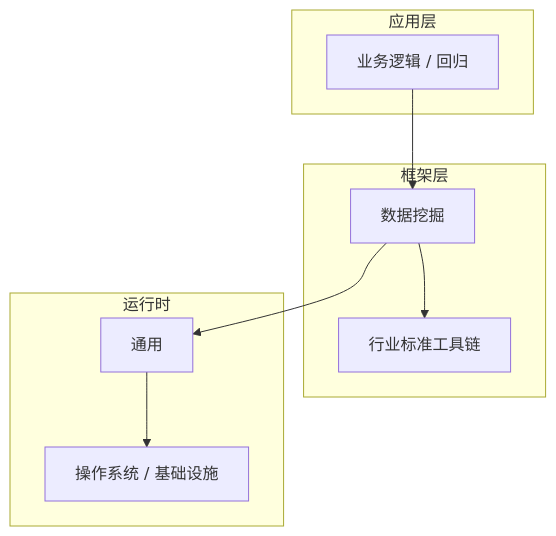
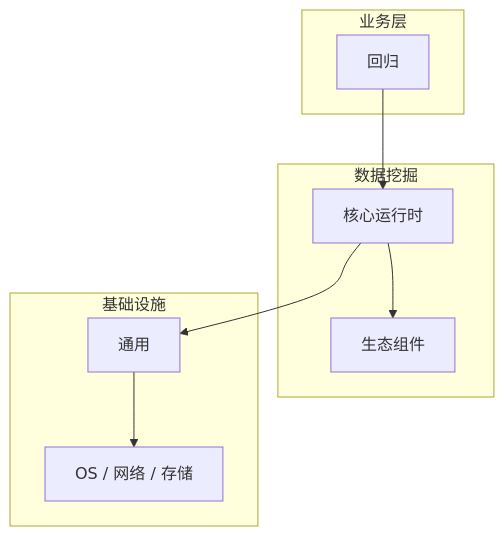
The diagram in articles/数据挖掘/chapters/043-回归核心概念与原理.md (yanggan2015/knowledge-json-v2), drawn with Mermaid before and after one commit. The commit also changed other lines of this file and 10127 other files, not shown here.

````diff
--- a/articles/数据挖掘/chapters/043-回归核心概念与原理.md
+++ b/articles/数据挖掘/chapters/043-回归核心概念与原理.md
@@ -45,18 +30,18 @@
 ```mermaid
 graph TB
-    subgraph 应用层
-        A[业务逻辑 / 回归]
+    subgraph 业务层
+        A[回归]
     end
-    subgraph 框架层
-        B[数据挖掘]
-        C[行业标准工具链]
+    subgraph 数据挖掘
+        B[核心运行时]
+        C[生态组件]
     end
-    subgraph 运行时
+    subgraph 基础设施
         D[通用]
-        E[操作系统 / 基础设施]
+        E[OS / 网络 / 存储]
     end
     A --> B
     B --> C
     B --> D
     D --> E
 ```
````
